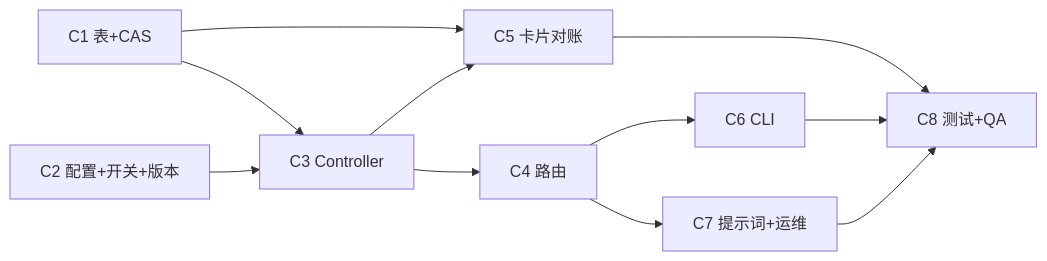
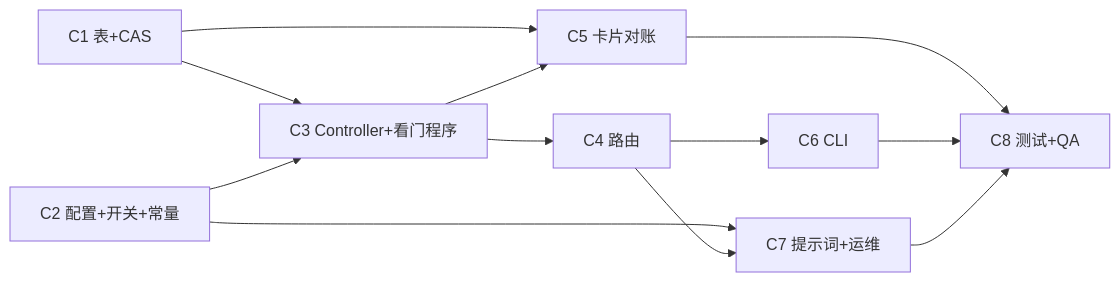
Before and after one commit to xrliAnnie/flywheel-qa-sandbox: the second of 2 diagrams in engineering/doc/FLY-3137-phone-prototype-link/plan.md, drawn with Mermaid. The commit also changed other lines of this file, not shown here.

````diff
--- a/engineering/doc/FLY-3137-phone-prototype-link/plan.md
+++ b/engineering/doc/FLY-3137-phone-prototype-link/plan.md
@@ -284,13 +329,14 @@
 ```mermaid
 graph LR
-  C1[C1 表+CAS] --> C3[C3 Controller]
-  C2[C2 配置+开关+版本] --> C3
+  C1[C1 表+CAS] --> C3[C3 Controller+看门程序]
+  C2[C2 配置+开关+常量] --> C3
   C3 --> C4[C4 路由]
   C1 --> C5[C5 卡片对账]
   C3 --> C5
   C4 --> C6[C6 CLI]
-  C4 --> C7[C7 提示词+运维]
+  C2 --> C7[C7 提示词+运维]
+  C4 --> C7
   C5 --> C8[C8 测试+QA]
   C6 --> C8
   C7 --> C8
 ```
````
